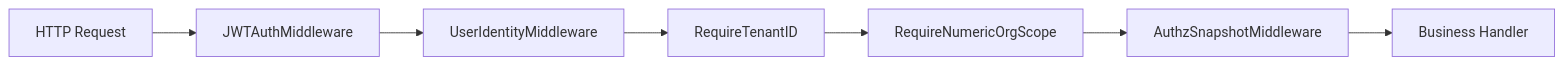
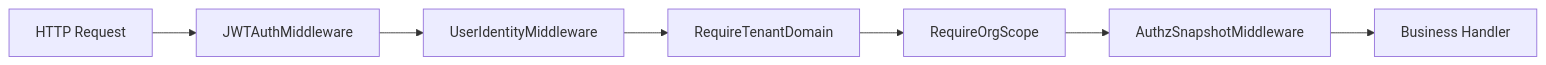
Before and after one commit to FangcunMount/qs-server: the seventh of 9 diagrams in docs/01-运行时/02-collection-server运行时.md, drawn with Mermaid. The commit also changed other lines of this file and 30 other files, not shown here.

Commit message:
doc  security 文档语义迁移，将 组合、组织模型统一为 TenantDomain + OrgID / OrgScope 模型，清理运行时、接口运维、专题分析、宣讲文档里的旧 TenantScope、旧 middleware、numeric org 等残留说法。

````diff
--- a/docs/01-运行时/02-collection-server运行时.md
+++ b/docs/01-运行时/02-collection-server运行时.md
@@ -382,12 +382,12 @@
 ```mermaid
 flowchart LR
     Req[HTTP Request]
     JWT[JWTAuthMiddleware]
     UID[UserIdentityMiddleware]
-    Tenant[RequireTenantID]
-    Org[RequireNumericOrgScope]
+    Tenant[RequireTenantDomain]
+    Org[RequireOrgScope]
     Snap[AuthzSnapshotMiddleware]
     Handler[Business Handler]
 
     Req --> JWT --> UID --> Tenant --> Org --> Snap --> Handler
 ```
````
